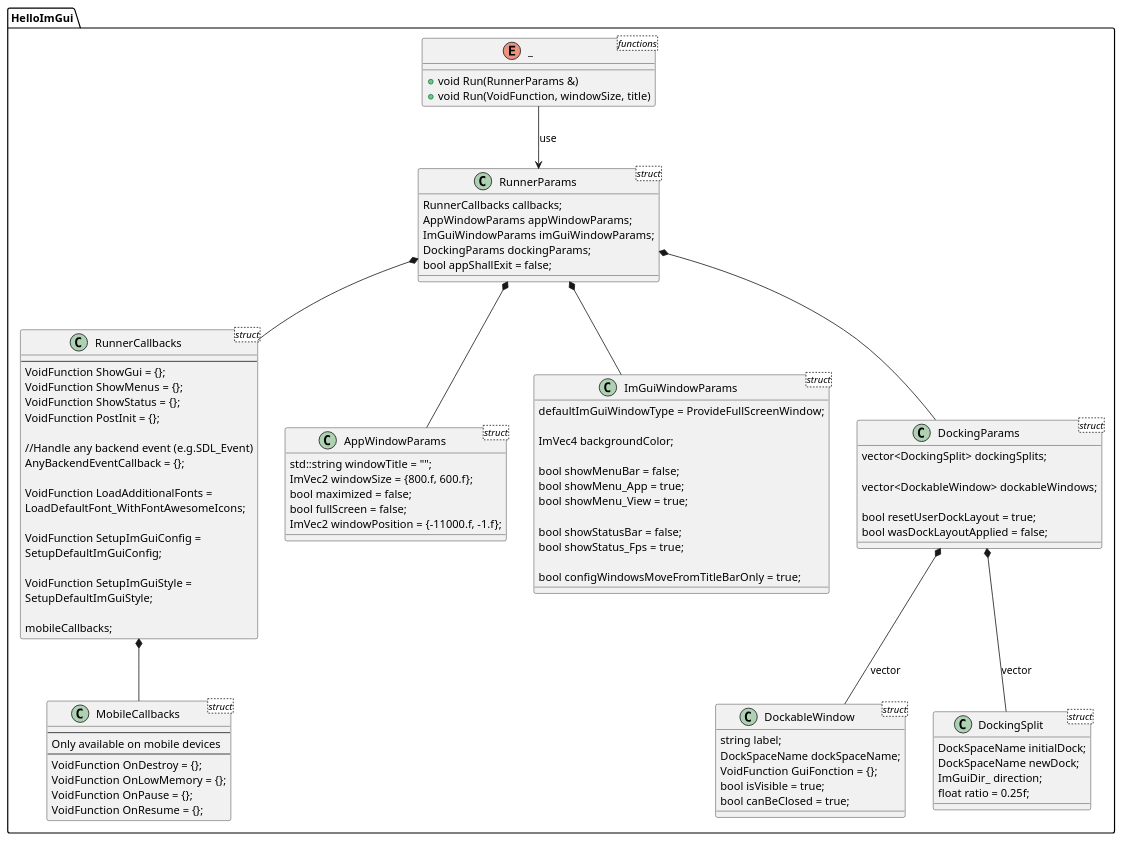
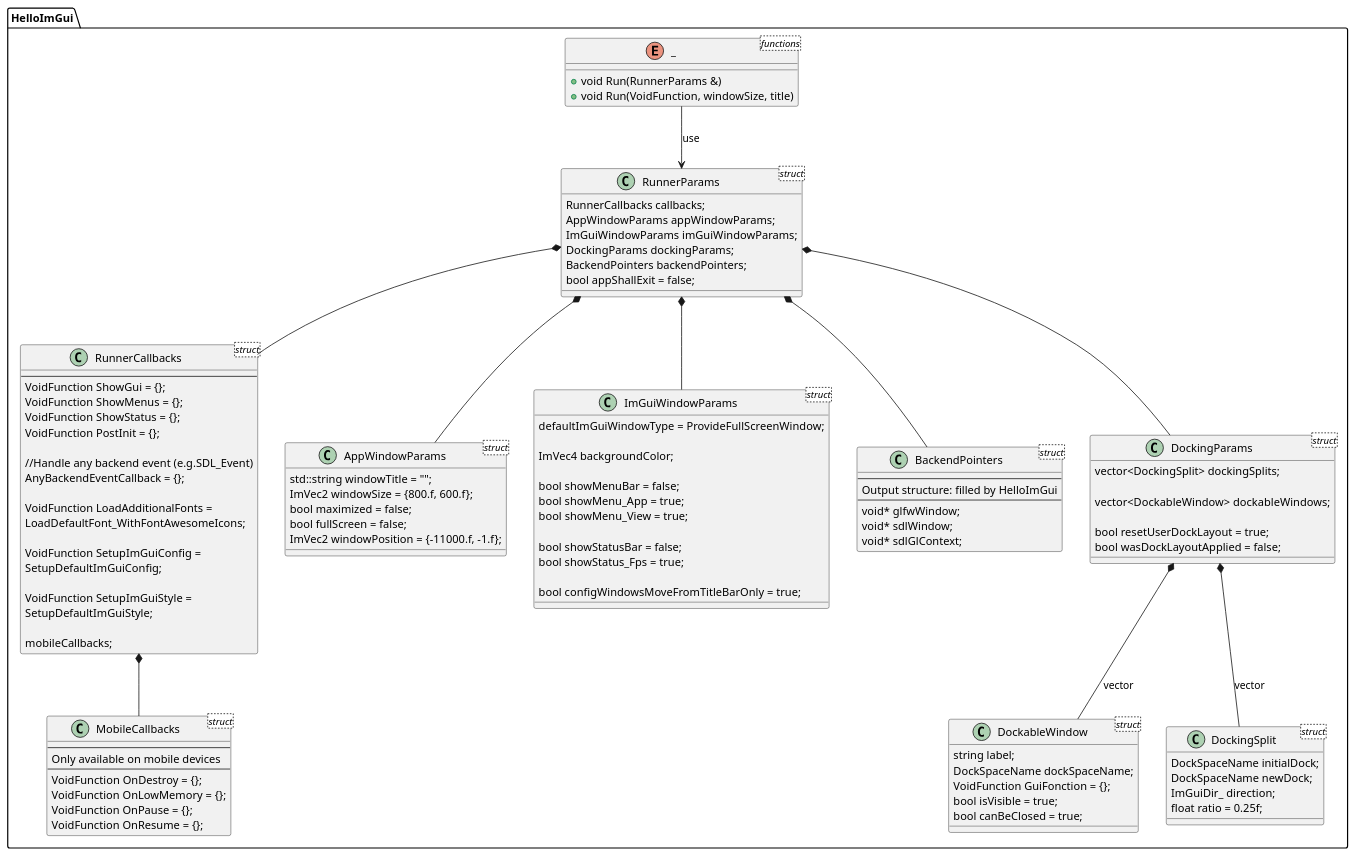
Before and after one commit to pthom/hello_imgui: the diagram in src/hello_imgui/doc_src/hello_imgui_diagram.puml, drawn with PlantUML. The commit also changed 6 other files, not shown here.

Commit message:
Add backend_pointers

```diff
--- a/src/hello_imgui/doc_src/hello_imgui_diagram.puml
+++ b/src/hello_imgui/doc_src/hello_imgui_diagram.puml
@@ -1,108 +1,119 @@
 @startuml
 namespace HelloImGui {
 
 enum _ <functions>{
     + void Run(RunnerParams &)
     + void Run(VoidFunction, windowSize, title)
 }
 
 _ --> RunnerParams: use
 
 class RunnerParams <struct> {
     RunnerCallbacks callbacks;
     AppWindowParams appWindowParams;
     ImGuiWindowParams imGuiWindowParams;
     DockingParams dockingParams;
+    BackendPointers backendPointers;
     bool appShallExit = false;
 }
 
 class RunnerCallbacks <struct> {
     ---
     VoidFunction ShowGui = {};
     VoidFunction ShowMenus = {};
     VoidFunction ShowStatus = {};
     VoidFunction PostInit = {};
 
     //Handle any backend event (e.g.SDL_Event)
     AnyBackendEventCallback = {};
 
     VoidFunction LoadAdditionalFonts =
        LoadDefaultFont_WithFontAwesomeIcons;
 
     VoidFunction SetupImGuiConfig = 
       SetupDefaultImGuiConfig;
 
     VoidFunction SetupImGuiStyle = 
       SetupDefaultImGuiStyle;
 
     mobileCallbacks;
 }
 
 class MobileCallbacks <struct>{
     ---
     Only available on mobile devices
     ---
     VoidFunction OnDestroy = {};
     VoidFunction OnLowMemory = {};
     VoidFunction OnPause = {};
     VoidFunction OnResume = {};
 }
 RunnerCallbacks *-- MobileCallbacks
 
 class AppWindowParams <struct> {
     std::string windowTitle = "";
     ImVec2 windowSize = {800.f, 600.f};
     bool maximized = false;
     bool fullScreen = false;
     ImVec2 windowPosition = {-11000.f, -1.f};
 }
 
 class ImGuiWindowParams <struct> {
     defaultImGuiWindowType = ProvideFullScreenWindow;
 
     ImVec4 backgroundColor;
 
     bool showMenuBar = false;
     bool showMenu_App = true;
     bool showMenu_View = true;
 
     bool showStatusBar = false;
     bool showStatus_Fps = true;
 
     bool configWindowsMoveFromTitleBarOnly = true;
 }
 
+class BackendPointers <struct> {
+  ---
+  Output structure: filled by HelloImGui
+  ---
+  void* glfwWindow;
+  void* sdlWindow;
+  void* sdlGlContext;
+}
+
 class DockingParams <struct> {
     vector<DockingSplit> dockingSplits;
 
     vector<DockableWindow> dockableWindows;
 
     bool resetUserDockLayout = true;
     bool wasDockLayoutApplied = false;
 }
 
 class DockableWindow <struct> {
     string label;
     DockSpaceName dockSpaceName;
     VoidFunction GuiFonction = {};
     bool isVisible = true;
     bool canBeClosed = true;
 }
 
 class DockingSplit <struct> {
     DockSpaceName initialDock;
     DockSpaceName newDock;
     ImGuiDir_ direction;
     float ratio = 0.25f;
 }
 
 
 RunnerParams *-- RunnerCallbacks
 RunnerParams *-- AppWindowParams
 RunnerParams *-- ImGuiWindowParams
+RunnerParams *-- BackendPointers
 RunnerParams *-- DockingParams
 DockingParams *-- DockableWindow : vector
 DockingParams *-- DockingSplit : vector
 
 }
 @enduml
```
